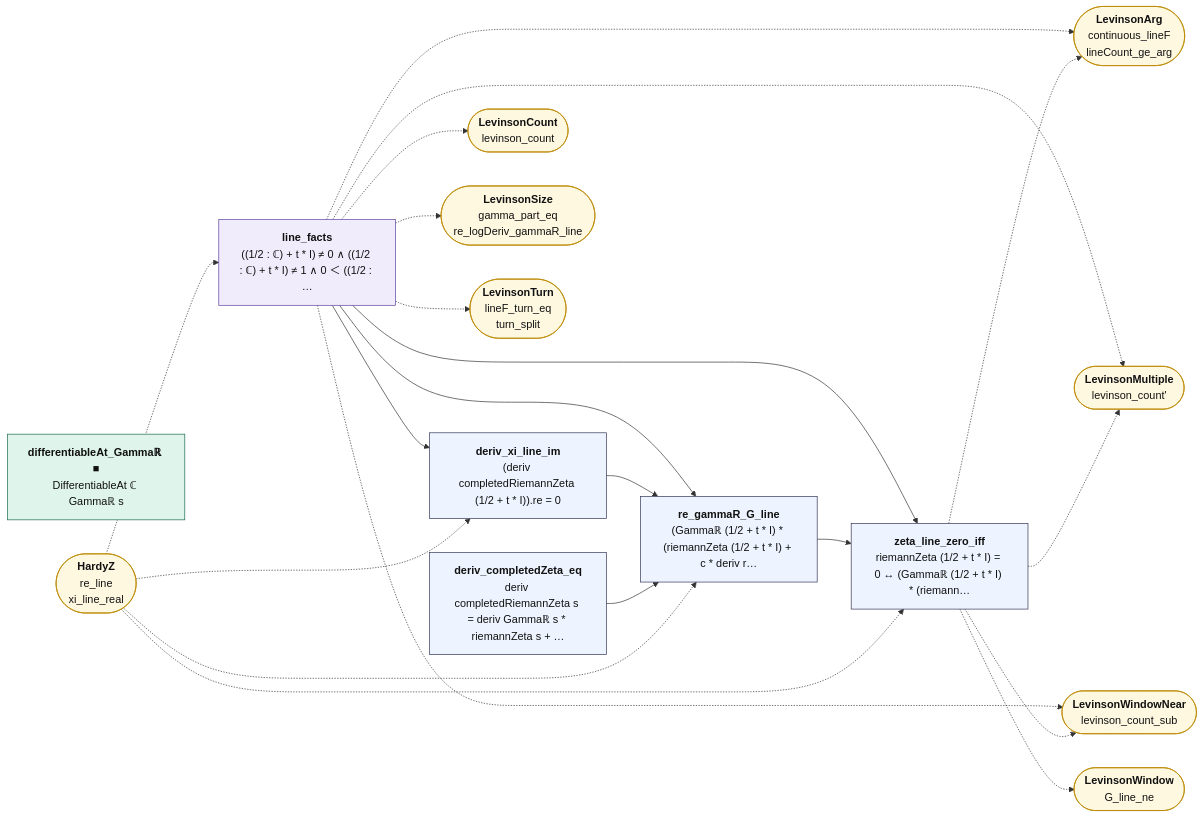
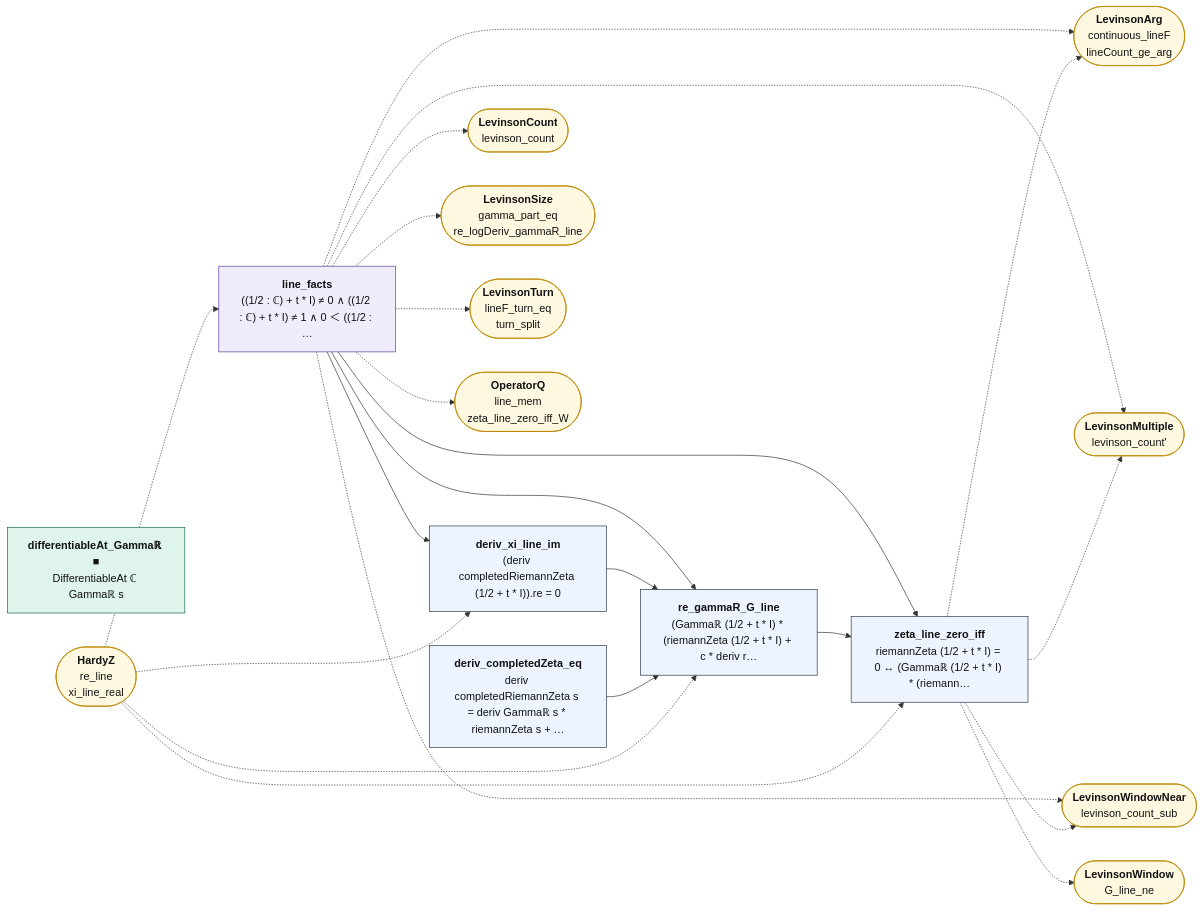
One commit to juliansambranojr/Primebeat_081426 changed the diagram in map/lean_stage3/LevinsonLine.mmd. Above: the diagram before and after it, drawn with Mermaid. The commit also changed 13 other files, not shown here.

```diff
--- a/map/lean_stage3/LevinsonLine.mmd
+++ b/map/lean_stage3/LevinsonLine.mmd
@@ -1,43 +1,45 @@
 flowchart LR
   n0["<b>line_facts</b><br/>((1/2 : ℂ) + t * I) ≠ 0 ∧ ((1/2 : ℂ) + t * I) ≠ 1 ∧ 0 ＜ ((1/2 : …"]:::shp
   n1["<b>deriv_xi_line_im</b><br/>(deriv completedRiemannZeta (1/2 + t * I)).re = 0"]:::thm
   n2["<b>differentiableAt_Gammaℝ ■</b><br/>DifferentiableAt ℂ Gammaℝ s"]:::cnt
   n3["<b>deriv_completedZeta_eq</b><br/>deriv completedRiemannZeta s = deriv Gammaℝ s * riemannZeta s + …"]:::thm
   n4["<b>re_gammaR_G_line</b><br/>(Gammaℝ (1/2 + t * I) * (riemannZeta (1/2 + t * I) + c * deriv r…"]:::thm
   n5["<b>zeta_line_zero_iff</b><br/>riemannZeta (1/2 + t * I) = 0 ↔ (Gammaℝ (1/2 + t * I) * (riemann…"]:::thm
   x0(["<b>HardyZ</b><br/>re_line<br/>xi_line_real"]):::ext
   x1(["<b>LevinsonArg</b><br/>continuous_lineF<br/>lineCount_ge_arg"]):::ext
   x2(["<b>LevinsonCount</b><br/>levinson_count"]):::ext
   x3(["<b>LevinsonMultiple</b><br/>levinson_count'"]):::ext
   x4(["<b>LevinsonSize</b><br/>gamma_part_eq<br/>re_logDeriv_gammaR_line"]):::ext
   x5(["<b>LevinsonTurn</b><br/>lineF_turn_eq<br/>turn_split"]):::ext
   x6(["<b>LevinsonWindowNear</b><br/>levinson_count_sub"]):::ext
-  x7(["<b>LevinsonWindow</b><br/>G_line_ne"]):::ext
+  x7(["<b>OperatorQ</b><br/>line_mem<br/>zeta_line_zero_iff_W"]):::ext
+  x8(["<b>LevinsonWindow</b><br/>G_line_ne"]):::ext
   n0 --> n1
   n0 --> n4
   n0 --> n5
   n1 --> n4
   n3 --> n4
   n4 --> n5
   n0 -.-> x1
   n0 -.-> x2
   n0 -.-> x3
   n0 -.-> x4
   n0 -.-> x5
   n0 -.-> x6
+  n0 -.-> x7
   n5 -.-> x1
   n5 -.-> x3
   n5 -.-> x6
-  n5 -.-> x7
+  n5 -.-> x8
   x0 -.-> n0
   x0 -.-> n1
   x0 -.-> n4
   x0 -.-> n5
   classDef cnt fill:#dff5ec,stroke:#17694a,color:#111
   classDef shp fill:#f1ecfb,stroke:#5b3fa0,color:#111
   classDef rh fill:#ffe5e5,stroke:#c22,color:#111,stroke-width:2px
   classDef thm fill:#eef4ff,stroke:#335,color:#111
   classDef end_ fill:#e7f7e7,stroke:#2a7,color:#111,stroke-width:2px
   classDef lone fill:#fff,stroke:#999,color:#111,stroke-dasharray:4 3
   classDef bad fill:#ffe5e5,stroke:#c22,color:#111,stroke-width:2px
   classDef ext fill:#fff8e1,stroke:#b80,color:#111
```
